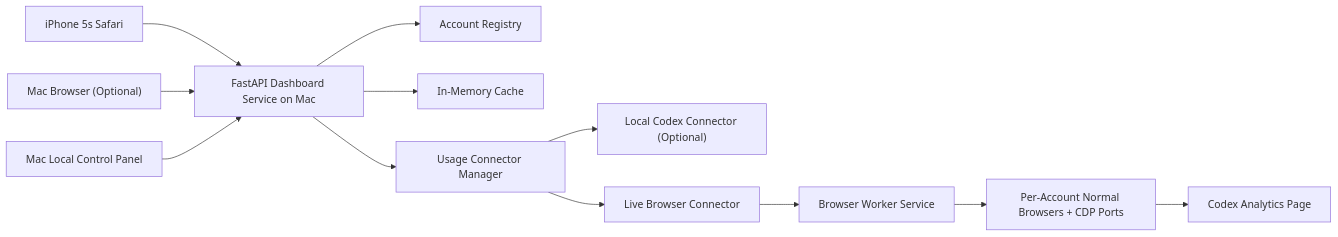
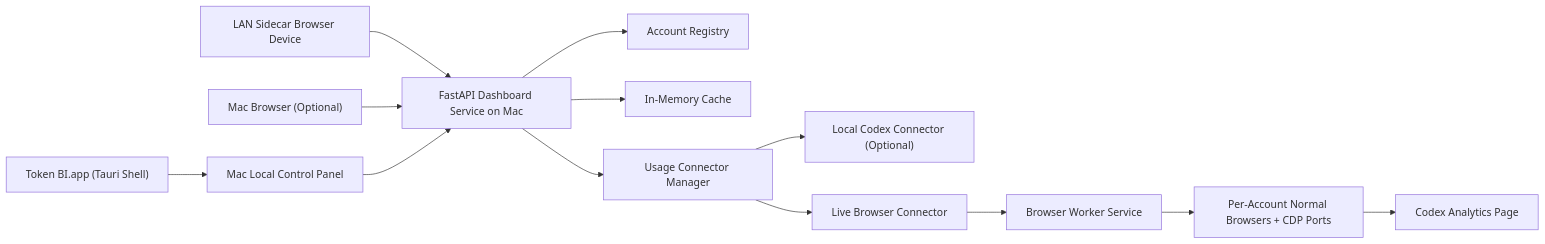
The first of 3 diagrams in TECH_ARCHITECTURE.md (gbs00/Token_BI), drawn with Mermaid before and after one commit. The commit also changed other lines of this file and 21 other files, not shown here.

Commit message:
feat: add token bi mac app prototype

````diff
--- a/TECH_ARCHITECTURE.md
+++ b/TECH_ARCHITECTURE.md
@@ -75,14 +79,15 @@
 ```mermaid
 flowchart LR
-    A["iPhone 5s Safari"] --> B["FastAPI Dashboard Service on Mac"]
+    T["Token BI.app (Tauri Shell)"] --> L["Mac Local Control Panel"]
+    A["LAN Sidecar Browser Device"] --> B["FastAPI Dashboard Service on Mac"]
     C["Mac Browser (Optional)"] --> B
     L["Mac Local Control Panel"] --> B
     B --> D["Account Registry"]
     B --> E["In-Memory Cache"]
     B --> F["Usage Connector Manager"]
     F --> G["Local Codex Connector (Optional)"]
     F --> H["Live Browser Connector"]
     H --> I["Browser Worker Service"]
     I --> J["Per-Account Normal Browsers + CDP Ports"]
     J --> K["Codex Analytics Page"]
 ```
````
